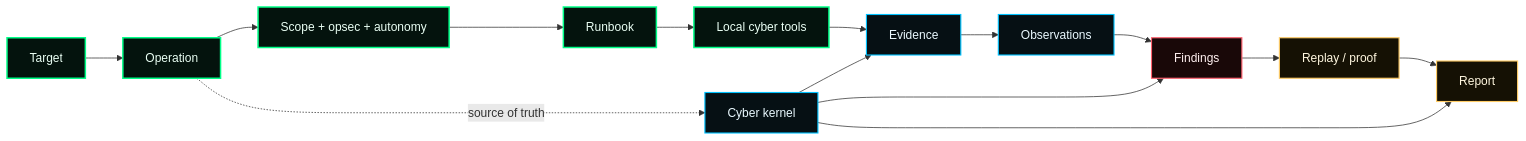
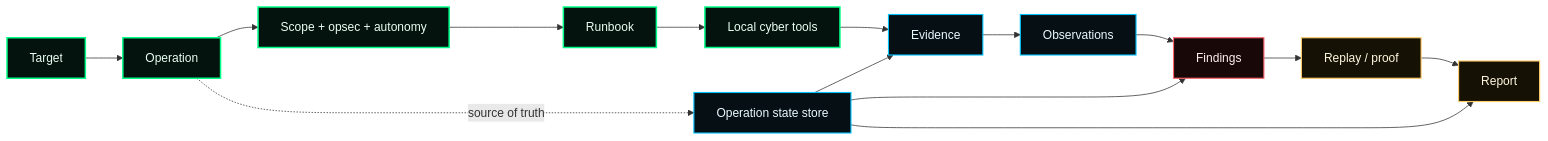
The first of 3 diagrams in README.md (kranthiyelaboina/AEGISEC), drawn with Mermaid before and after one commit. The commit also changed other lines of this file, not shown here.

````diff
--- a/README.md
+++ b/README.md
@@ -165,28 +211,28 @@
 ```mermaid
 flowchart LR
   target["Target"] --> operation["Operation"]
   operation --> posture["Scope + opsec + autonomy"]
   posture --> runbook["Runbook"]
   runbook --> tools["Local cyber tools"]
 
   tools --> evidence["Evidence"]
   evidence --> observations["Observations"]
   observations --> findings["Findings"]
   findings --> proof["Replay / proof"]
   proof --> report["Report"]
 
-  operation -. source of truth .-> kernel["Cyber kernel"]
+  operation -. source of truth .-> kernel["Operation state store"]
   kernel --> evidence
   kernel --> findings
   kernel --> report
 
   classDef primary fill:#04130d,stroke:#00ff88,color:#eafff4,stroke-width:2px;
   classDef secondary fill:#061014,stroke:#00c2ff,color:#eaf9ff,stroke-width:1.5px;
   classDef proofNode fill:#151104,stroke:#ffcc66,color:#fff7df,stroke-width:1.5px;
   classDef findingNode fill:#190808,stroke:#ff5f6d,color:#fff0f0,stroke-width:1.5px;
 
   class target,operation,posture,runbook,tools primary;
   class evidence,observations,kernel secondary;
   class proof,report proofNode;
   class findings findingNode;
 ```
````
